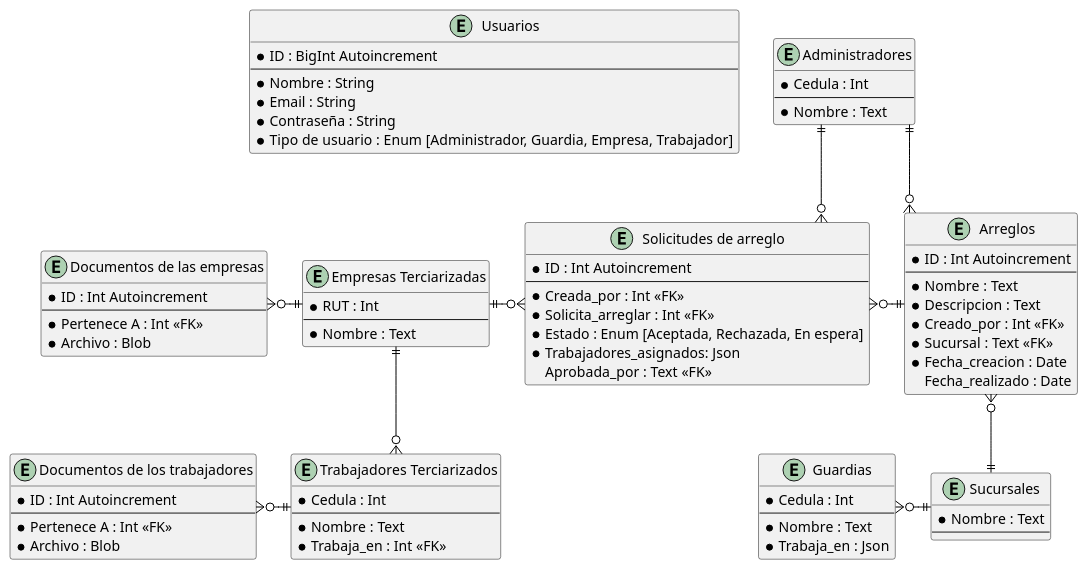
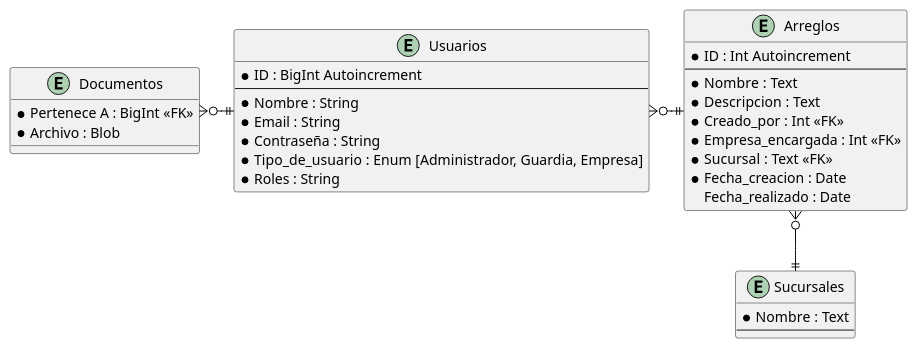
The diagram in docs/Base_de_datos/Diagrama_de_base_de_datos.puml (Arcemist/ProyectoUTU), drawn with PlantUML before and after one commit. The commit also changed 12 other files, not shown here.

```diff
--- a/docs/Base_de_datos/Diagrama_de_base_de_datos.puml
+++ b/docs/Base_de_datos/Diagrama_de_base_de_datos.puml
@@ -1,106 +1,57 @@
 @startuml "Diagrama_de_la_Base_de_datos"
 
 skinparam {
 	BackgroundColor white
 	LineType Ortho
 	ArrowColor Black
 	Entity {
 		FontColor Black
 		BackgroundColor White
 		BorderColor Black
 	}
 }
 
 'left to right direction
 
 entity "Sucursales" {
 	* Nombre : Text
 	--
 }
 
-entity "Administradores" {
-	* Cedula : Int
-	--
-	* Nombre : Text
-}
-
-entity "Guardias" {
-	* Cedula : Int
-	--
-	* Nombre : Text
-    * Trabaja_en : Json
-}
-
-entity "Empresas Terciarizadas" {
-	* RUT : Int
-	--
-	* Nombre : Text
-}
-
-entity "Documentos de las empresas" {
-	* ID : Int Autoincrement
-	--
-	* Pertenece A : Int <<FK>>
-	* Archivo : Blob
-}
-
-entity "Trabajadores Terciarizados" {
-	* Cedula : Int
-	--
-	* Nombre : Text
-	* Trabaja_en : Int <<FK>>
-}
-
-entity "Documentos de los trabajadores" {
-	* ID : Int Autoincrement
-	--
-	* Pertenece A : Int <<FK>>
+entity "Documentos" {
+	* Pertenece A : BigInt <<FK>>
 	* Archivo : Blob
 }
 
 entity "Usuarios" {
     * ID : BigInt Autoincrement
     --
     * Nombre : String
     * Email : String
     * Contraseña : String
-    * Tipo de usuario : Enum [Administrador, Guardia, Empresa, Trabajador]
+    * Tipo_de_usuario : Enum [Administrador, Guardia, Empresa]
+    * Roles : String
 }
 
 entity "Arreglos" {
 	* ID : Int Autoincrement
 	--
 	* Nombre : Text
 	* Descripcion : Text
 	* Creado_por : Int <<FK>>
+    * Empresa_encargada : Int <<FK>>
 	* Sucursal : Text <<FK>>
 	* Fecha_creacion : Date
 	  Fecha_realizado : Date
 }
 
-entity "Solicitudes de arreglo" {
-	* ID : Int Autoincrement
-	--
-	* Creada_por : Int <<FK>>
-	* Solicita_arreglar : Int <<FK>>
-    * Estado : Enum [Aceptada, Rechazada, En espera]
-	* Trabajadores_asignados: Json
-	  Aprobada_por : Text <<FK>>
-}
 
 ' Añadiendo las relaciones:
-"Sucursales" ||-l-o{ "Guardias"
-"Administradores" ||-d-o{ "Arreglos"
-"Administradores" ||-d-o{ "Solicitudes de arreglo"
-"Arreglos" }o-d-||"Sucursales"
-"Arreglos" ||-l-o{ "Solicitudes de arreglo"
-"Empresas Terciarizadas" ||-r-o{ "Solicitudes de arreglo"
-"Empresas Terciarizadas" ||-l-o{ "Documentos de las empresas"
-"Empresas Terciarizadas" ||-d-o{ "Trabajadores Terciarizados"
-"Trabajadores Terciarizados" ||-l-o{ "Documentos de los trabajadores"
 
-"Usuarios" --[hidden]r- "Administradores"
+"Documentos" }o-r-|| "Usuarios"
+"Usuarios" }o-r-|| "Arreglos"
+"Arreglos" }o-d-|| "Sucursales"
 
 ' Puedo poner ':' despues de una relacion pa poner comentario en el medio
 
 @enduml
```
